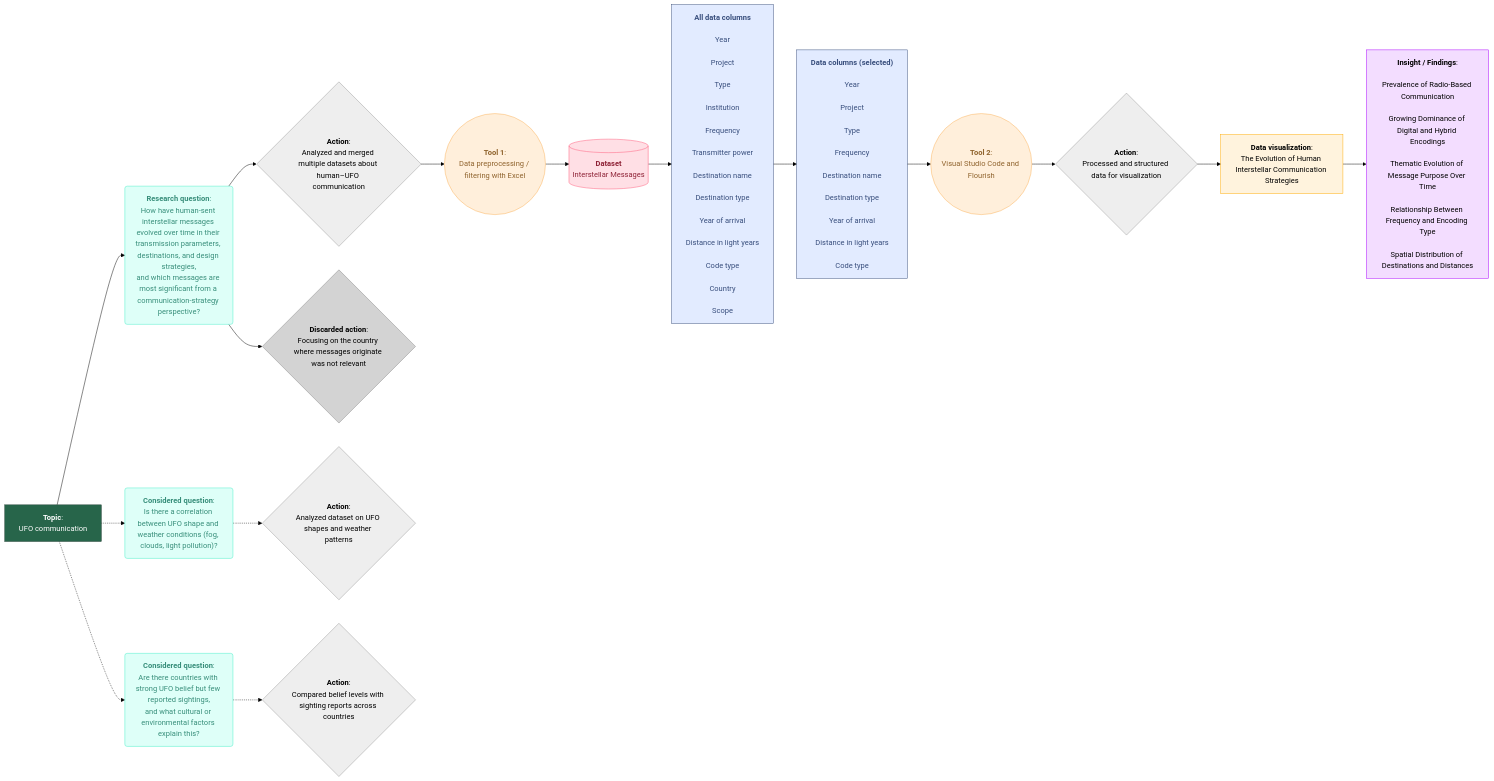
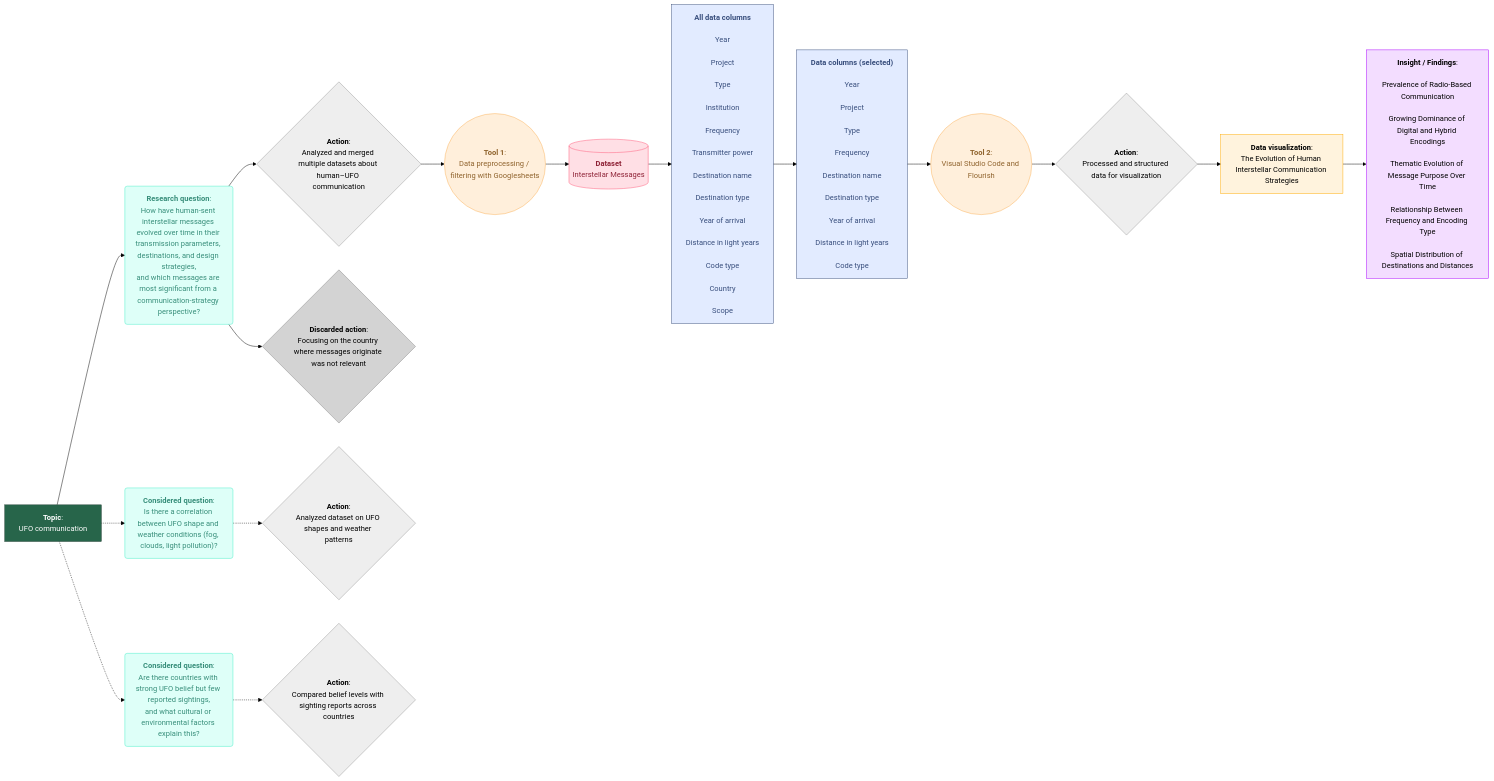
The diagram in README.md (mariannalonardi/DDD-2025-Group6), drawn with Mermaid (forest theme) before and after one commit.

````diff
--- a/README.md
+++ b/README.md
@@ -16,79 +16,79 @@
 ```mermaid
 ---
 config:
   layout: fixed
 ---
 flowchart LR
     Topic["<b>Topic</b>:<br>UFO communication"] --> RQ_Main["<b>Research question</b>:<br>How have human-sent interstellar messages evolved over time in their transmission parameters, destinations, and design strategies,<br>and which messages are most significant from a communication-strategy perspective?"]
     RQ_Main --> Action_Main{"<b>Action</b>:<br>Analyzed and merged multiple datasets about human–UFO communication"} & Action_Failed{"<b>Discarded action</b>:<br>Focusing on the country where messages originate was not relevant"}
-    Action_Main --> Tool1(("<b>Tool 1</b>:<br>Data preprocessing / filtering with Excel"))
+    Action_Main --> Tool1(("<b>Tool 1</b>:<br>Data preprocessing / filtering with Googlesheets"))
     Tool1 --> Dataset[("<b>Dataset</b><br>Interstellar Messages")]
     Dataset --> AllCols["<b>All data columns</b><br>
       Year<br>
       Project<br>
       Type<br>
       Institution<br>
       Frequency<br>
       Transmitter power<br>
       Destination name<br>
       Destination type<br>
       Year of arrival<br>
       Distance in light years<br>
       Code type<br>
       Country<br>
       Scope"]
     AllCols --> SelectedCols["<b>Data columns (selected)</b><br>
     Year<br>
     Project<br>
     Type<br>
     Frequency<br>
     Destination name<br>
     Destination type<br>
     Year of arrival<br>
     Distance in light years<br>
     Code type"]
     SelectedCols --> Tool2(("<b>Tool 2</b>:<br>Visual Studio Code and Flourish"))
     Tool2 --> Action_Tool2{"<b>Action</b>:<br>Processed and structured data for visualization"}
     Action_Tool2 --> DataViz["<b>Data visualization</b>:<br>The Evolution of Human Interstellar Communication Strategies"]
     DataViz --> Insights["<b>Insight / Findings</b>:<br>
 Prevalence of Radio-Based Communication<br>
 Growing Dominance of Digital and Hybrid Encodings<br>
 Thematic Evolution of Message Purpose Over Time<br>
 Relationship Between Frequency and Encoding Type<br>
 Spatial Distribution of Destinations and Distances"]
     Topic -.-> RQ_Optional1["<b>Considered question</b>:<br>Is there a correlation between UFO shape and weather conditions (fog, clouds, light pollution)?"] & RQ_Optional2["<b>Considered question</b>:<br>Are there countries with strong UFO belief but few reported sightings,<br>and what cultural or environmental factors explain this?"]
     RQ_Optional1 -.-> Action_Optional1{"<b>Action</b>:<br>Analyzed dataset on UFO shapes and weather patterns"}
     RQ_Optional2 -.-> Action_Optional2{"<b>Action</b>:<br>Compared belief levels with sighting reports across countries"}
 
     RQ_Main@{ shape: rounded}
     RQ_Optional1@{ shape: rounded}
     RQ_Optional2@{ shape: rounded}
      Topic:::Pine
      RQ_Main:::Aqua
      Action_Main:::Ash
      Action_Failed:::failed
      Tool1:::Peach
      Dataset:::Rose
      AllCols:::Sky
      SelectedCols:::Sky
      Tool2:::circle
      Tool2:::Peach
      Action_Tool2:::Ash
      DataViz:::subroutine
      Insights:::hexagon
      RQ_Optional1:::Aqua
      RQ_Optional2:::Aqua
      Action_Optional1:::Ash
      Action_Optional2:::Ash
     classDef dashed stroke-dasharray: 5 5, stroke:#555
     classDef failed fill:#d3d3d3, stroke:#888, color:#000
     classDef Pine stroke-width:1px, stroke-dasharray:none, stroke:#254336, fill:#27654A, color:#FFFFFF
     classDef Aqua stroke-width:1px, stroke-dasharray:none, stroke:#46EDC8, fill:#DEFFF8, color:#378E7A
     classDef Ash stroke-width:1px, stroke-dasharray:none, stroke:#999999, fill:#EEEEEE, color:#000000
     classDef Peach stroke-width:1px, stroke-dasharray:none, stroke:#FBB35A, fill:#FFEFDB, color:#8F632D
     classDef Rose stroke-width:1px, stroke-dasharray:none, stroke:#FF5978, fill:#FFDFE5, color:#8E2236
     classDef circle stroke-width:1px, stroke-dasharray:none, stroke:#5555FF, fill:#DDEEFF, color:#000
     classDef subroutine stroke-width:1px, stroke-dasharray:none, stroke:#FFAA00, fill:#FFF3DD, color:#000
     classDef hexagon stroke-width:1px, stroke-dasharray:none, stroke:#AA00FF, fill:#F3DDFF, color:#000
     classDef Sky stroke-width:1px, stroke-dasharray:none, stroke:#374D7C, fill:#E2EBFF, color:#374D7C
 ```
````
